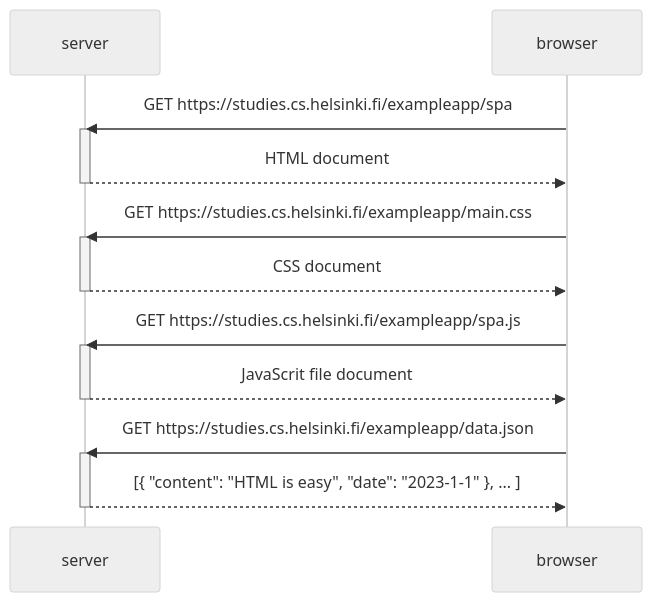
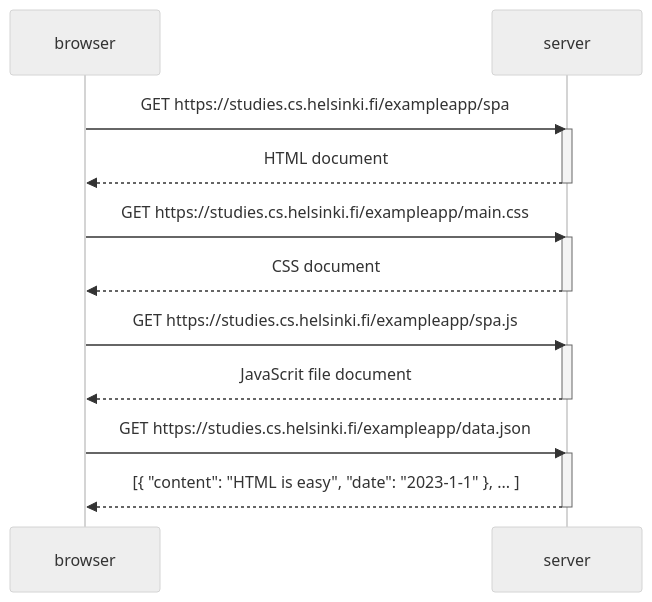
One commit to SidorovaMaria/MOOC-Full-Stack- changed the diagram in Part0/0.5/README.md. Above: the diagram before and after it, drawn with Mermaid (neutral theme). The commit also changed other lines of this file and 1 other file, not shown here.

````diff
--- a/Part0/0.5/README.md
+++ b/Part0/0.5/README.md
@@ -1,25 +1,25 @@
 ```mermaid
 sequenceDiagram
+    participant browser
     participant server
-    participant browser
     browser->>server: GET https://studies.cs.helsinki.fi/exampleapp/spa
     activate server
     server-->>browser: HTML document
     deactivate server
 
     browser->>server: GET https://studies.cs.helsinki.fi/exampleapp/main.css
     activate server
     server-->>browser: CSS document
     deactivate server
 
     browser->>server: GET https://studies.cs.helsinki.fi/exampleapp/spa.js
     activate server
     server-->>browser: JavaScrit file document
     deactivate server
 
     browser->>server: GET https://studies.cs.helsinki.fi/exampleapp/data.json
     activate server
     server-->>browser: [{ "content": "HTML is easy", "date": "2023-1-1" }, ... ]
     deactivate server
 
 ```
````
